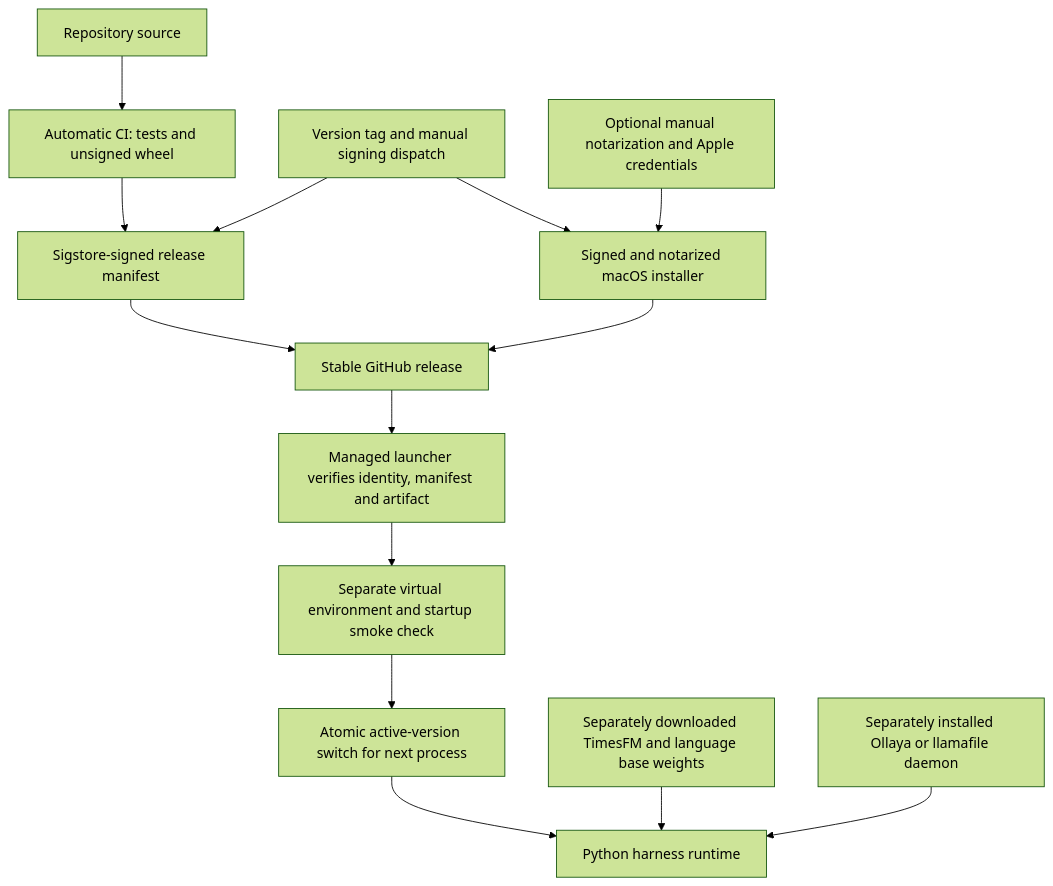
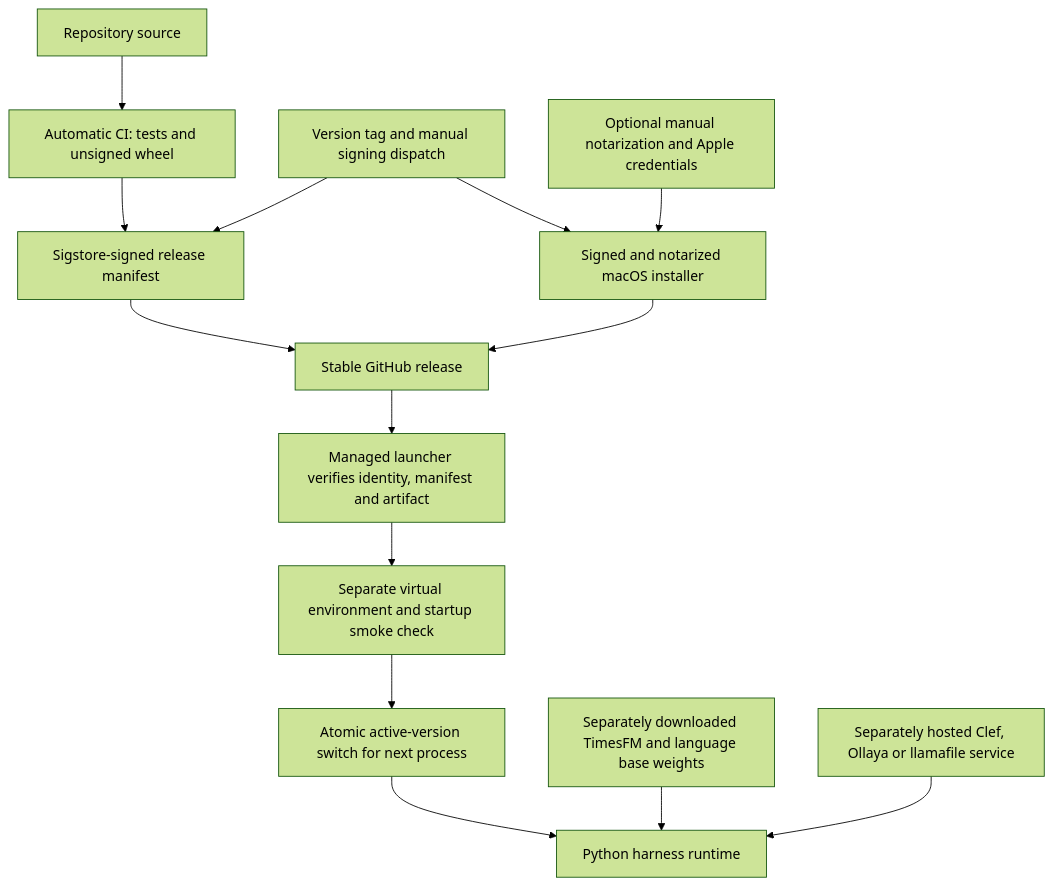
The eighth of 8 diagrams in docs/architecture.md (ar4ft/trade-harness), drawn with Mermaid (forest theme) before and after one commit. The commit also changed other lines of this file and 5 other files, not shown here.

Commit message:
Document Clef deployment, native scoring and research lifecycle with Mermaid

````diff
--- a/docs/architecture.md
+++ b/docs/architecture.md
@@ -229,16 +260,16 @@
 ```mermaid
 flowchart TD
     Source["Repository source"] --> Build["Automatic CI: tests and unsigned wheel"]
     Tag["Version tag and manual signing dispatch"] --> Sign["Sigstore-signed release manifest"]
     Build --> Sign
     Apple["Optional manual notarization and Apple credentials"] --> Mac["Signed and notarized macOS installer"]
     Tag --> Mac
     Sign --> Release["Stable GitHub release"]
     Mac --> Release
     Release --> Verify["Managed launcher verifies identity, manifest and artifact"]
     Verify --> Stage["Separate virtual environment and startup smoke check"]
     Stage --> Activate["Atomic active-version switch for next process"]
     Bases["Separately downloaded TimesFM and language base weights"] --> Runtime["Python harness runtime"]
     Activate --> Runtime
-    Daemon["Separately installed Ollaya or llamafile daemon"] --> Runtime
+    Daemon["Separately hosted Clef, Ollaya or llamafile service"] --> Runtime
 ```
````
